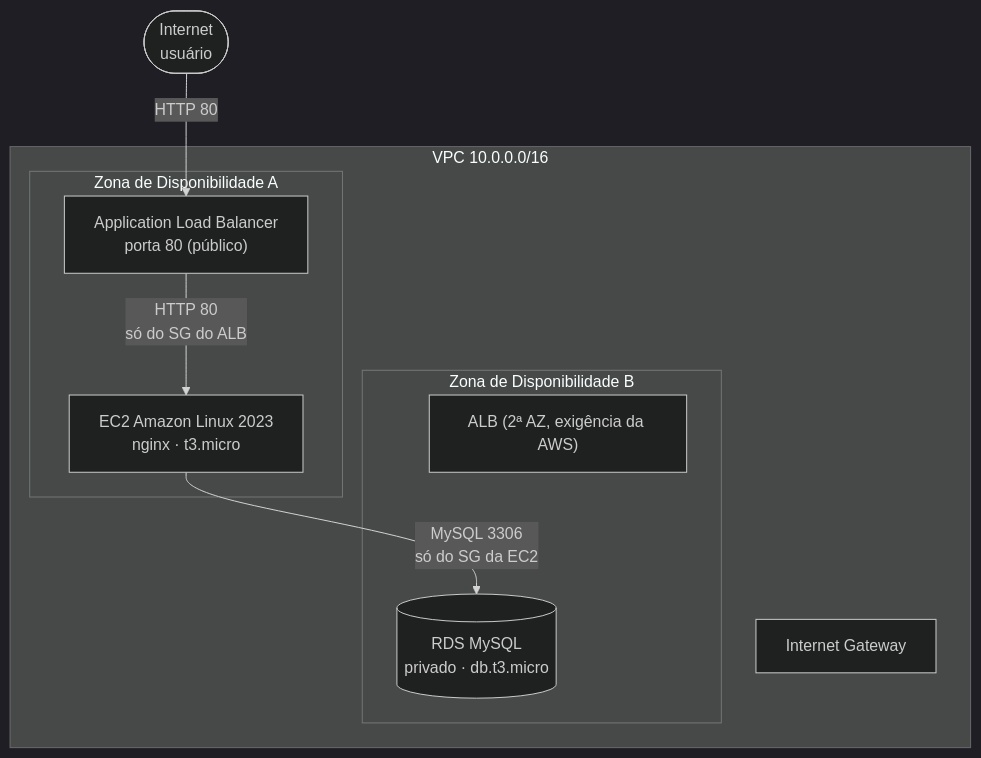
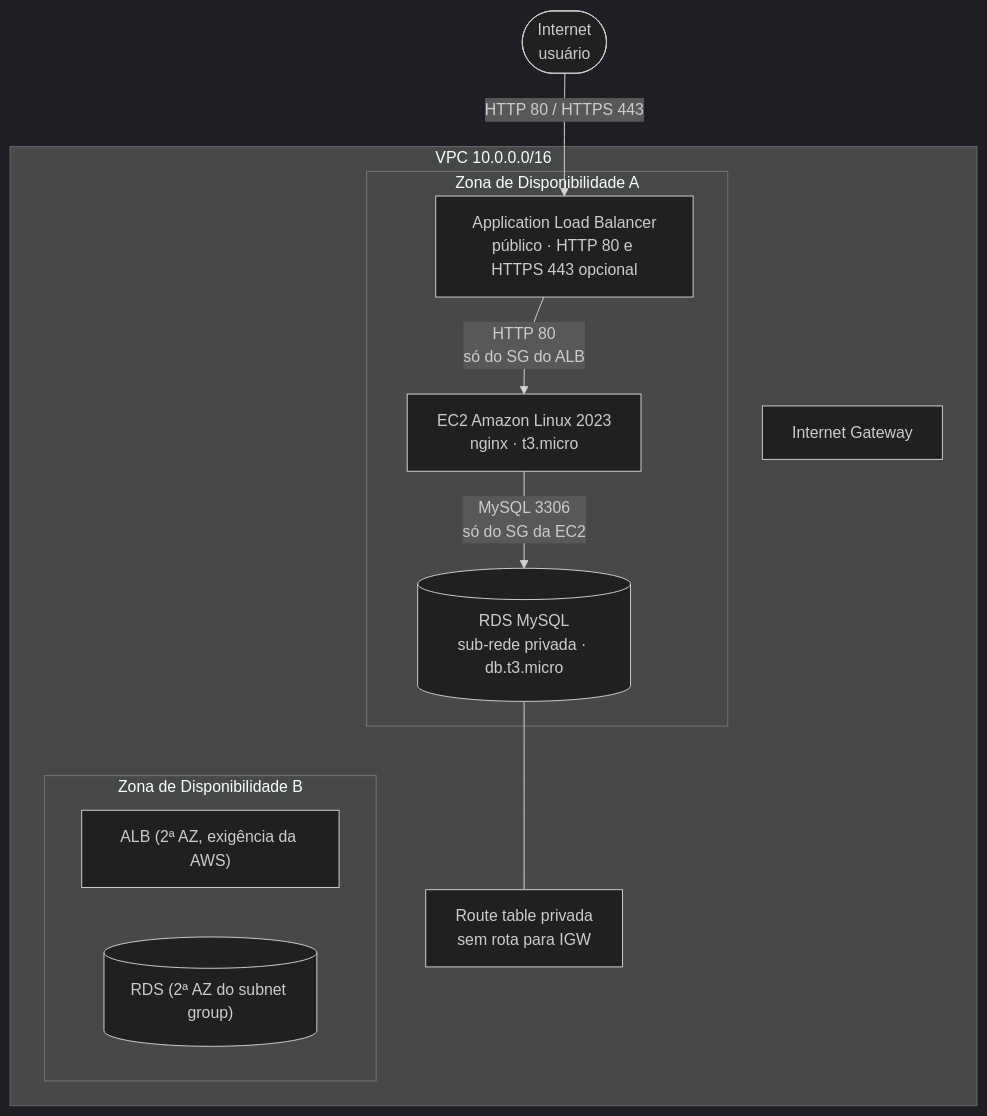
The diagram in atividade-iii-cloudformation/README.md (chrissperb/4P-Devops), drawn with Mermaid (dark theme) before and after one commit. The commit also changed other lines of this file and 2 other files, not shown here.

Commit message:
feat(atividade-iii): isola RDS em sub-redes privadas e habilita HTTPS condicional

````diff
--- a/atividade-iii-cloudformation/README.md
+++ b/atividade-iii-cloudformation/README.md
@@ -17,20 +17,23 @@
 ```mermaid
 flowchart TB
     Internet(["Internet<br/>usuário"])
     subgraph VPC["VPC 10.0.0.0/16"]
         subgraph AZA["Zona de Disponibilidade A"]
-            ALB["Application Load Balancer<br/>porta 80 (público)"]
+            ALB["Application Load Balancer<br/>público · HTTP 80 e HTTPS 443 opcional"]
             EC2["EC2 Amazon Linux 2023<br/>nginx · t3.micro"]
+            RDS[("RDS MySQL<br/>sub-rede privada · db.t3.micro")]
         end
         subgraph AZB["Zona de Disponibilidade B"]
             ALB2["ALB (2ª AZ, exigência da AWS)"]
-            RDS[("RDS MySQL<br/>privado · db.t3.micro")]
+            RDS2[("RDS (2ª AZ do subnet group)")]
         end
         IGW["Internet Gateway"]
+        RTB["Route table privada<br/>sem rota para IGW"]
     end
 
-    Internet -->|HTTP 80| ALB
+    Internet -->|HTTP 80 / HTTPS 443| ALB
     ALB -->|HTTP 80<br/>só do SG do ALB| EC2
     EC2 -->|MySQL 3306<br/>só do SG da EC2| RDS
+    RDS --- RTB
     VPC --- IGW
 ```
````
